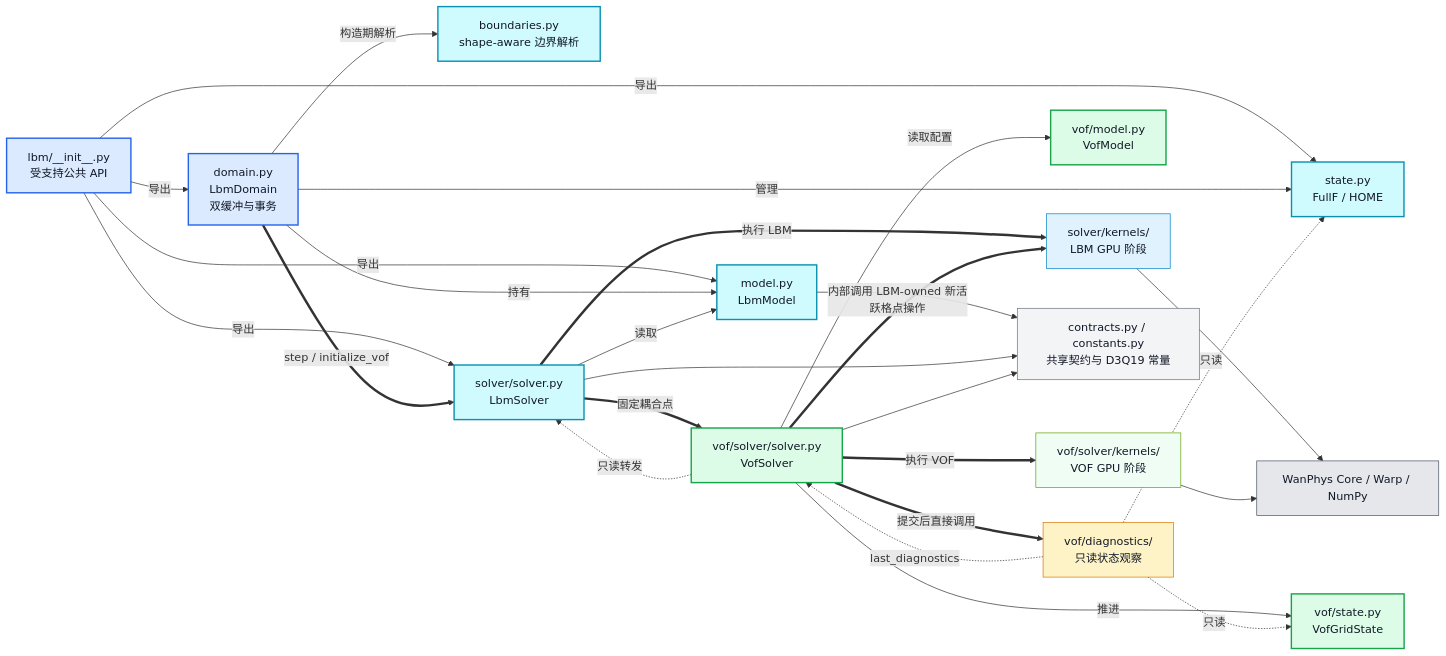
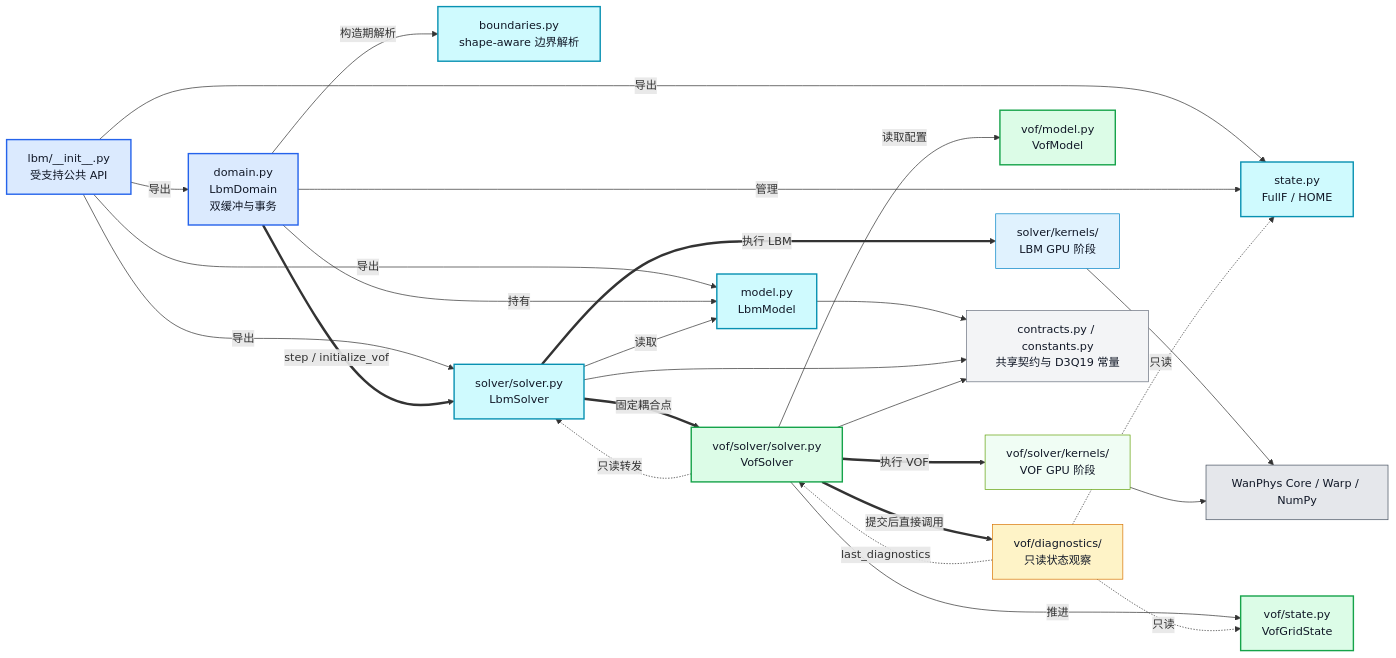
One commit to Cavibot/LBM-Fluid-Structure-Interaction changed the first of 5 diagrams in docs/wanphys/lbm/lbm-vof-refactor-final-architecture.md. Above: the diagram before and after it, drawn with Mermaid. The commit also changed other lines of this file and 46 other files, not shown here.

````diff
--- a/docs/wanphys/lbm/lbm-vof-refactor-final-architecture.md
+++ b/docs/wanphys/lbm/lbm-vof-refactor-final-architecture.md
@@ -131,55 +132,54 @@
 ```mermaid
 flowchart LR
     API["lbm/__init__.py<br/>受支持公共 API"]:::api
     DOMAIN["domain.py<br/>LbmDomain<br/>双缓冲与事务"]:::api
     MODEL["model.py<br/>LbmModel"]:::lbm
     BOUNDARY["boundaries.py<br/>shape-aware 边界解析"]:::lbm
     STATE["state.py<br/>FullF / HOME"]:::lbm
     SOLVER["solver/solver.py<br/>LbmSolver"]:::lbm
     LK["solver/kernels/<br/>LBM GPU 阶段"]:::kernel
     VOF["vof/solver/solver.py<br/>VofSolver"]:::vof
     VM["vof/model.py<br/>VofModel"]:::vof
     VS["vof/state.py<br/>VofGridState"]:::vof
     VK["vof/solver/kernels/<br/>VOF GPU 阶段"]:::vofkernel
     DIAG["vof/diagnostics/<br/>只读状态观察"]:::diag
     SHARED["contracts.py / constants.py<br/>共享契约与 D3Q19 常量"]:::support
     EXT["WanPhys Core / Warp / NumPy"]:::external
 
     API -->|导出| DOMAIN
     API -->|导出| MODEL
     API -->|导出| STATE
     API -->|导出| SOLVER
 
     DOMAIN -->|持有| MODEL
     DOMAIN -->|构造期解析| BOUNDARY
     DOMAIN -->|管理| STATE
     DOMAIN ==>|step / initialize_vof| SOLVER
 
     SOLVER -->|读取| MODEL
     SOLVER ==>|执行 LBM| LK
     SOLVER ==>|固定耦合点| VOF
     VOF -->|读取配置| VM
     VOF -->|推进| VS
     VOF ==>|执行 VOF| VK
-    VOF ==>|内部调用 LBM-owned 新活跃格点操作| LK
     VOF ==>|提交后直接调用| DIAG
     DIAG -.->|last_diagnostics| VOF
     VOF -.->|只读转发| SOLVER
     DIAG -.->|只读| STATE
     DIAG -.->|只读| VS
 
     MODEL --> SHARED
     SOLVER --> SHARED
     VOF --> SHARED
     LK --> EXT
     VK --> EXT
 
     classDef api fill:#dbeafe,stroke:#2563eb,stroke-width:2px,color:#111827
     classDef lbm fill:#cffafe,stroke:#0891b2,stroke-width:2px,color:#111827
     classDef vof fill:#dcfce7,stroke:#16a34a,stroke-width:2px,color:#111827
     classDef kernel fill:#e0f2fe,stroke:#0284c7,color:#111827
     classDef vofkernel fill:#f0fdf4,stroke:#65a30d,color:#111827
     classDef diag fill:#fef3c7,stroke:#d97706,color:#111827
     classDef support fill:#f3f4f6,stroke:#6b7280,color:#111827
     classDef external fill:#e5e7eb,stroke:#4b5563,color:#111827
 ```
````
